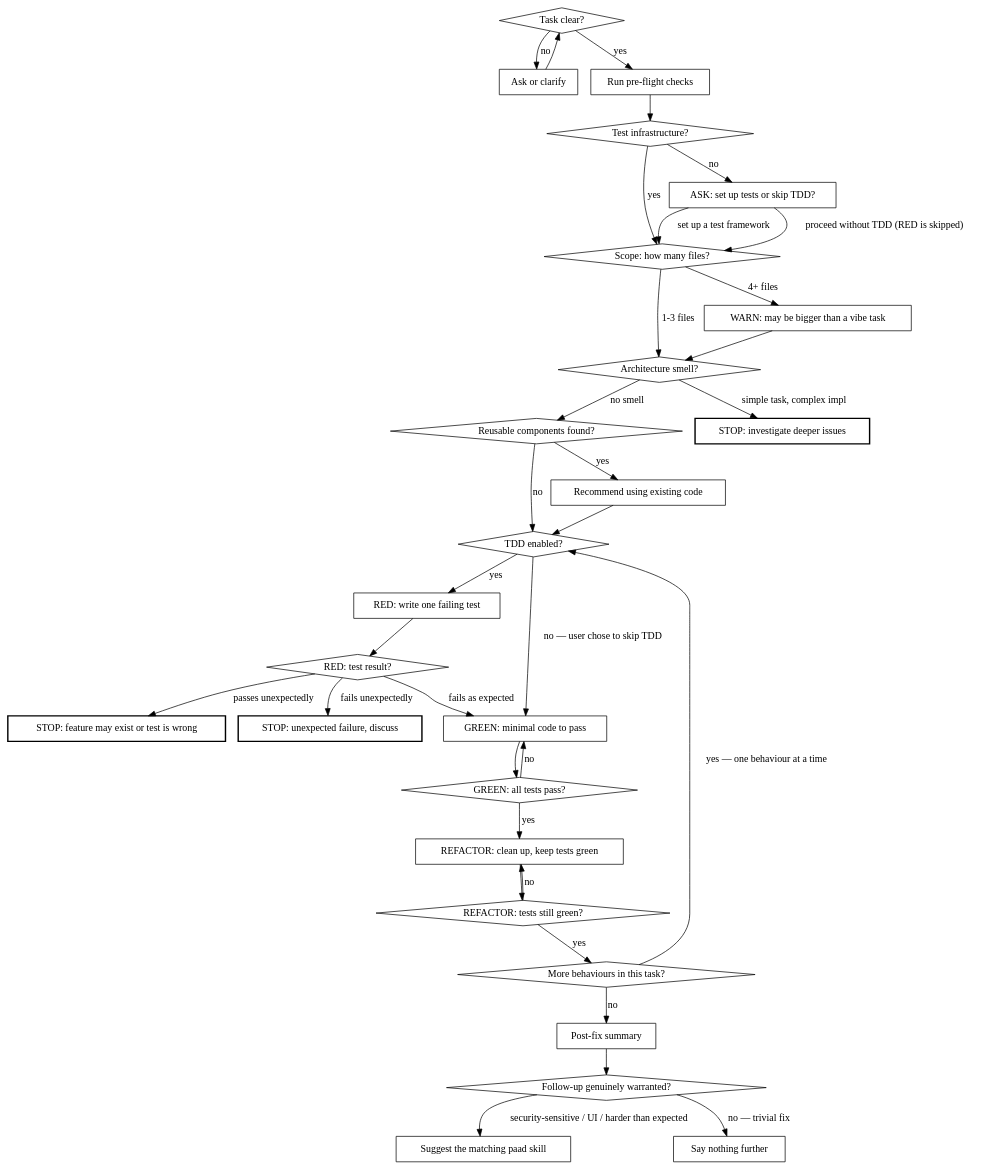
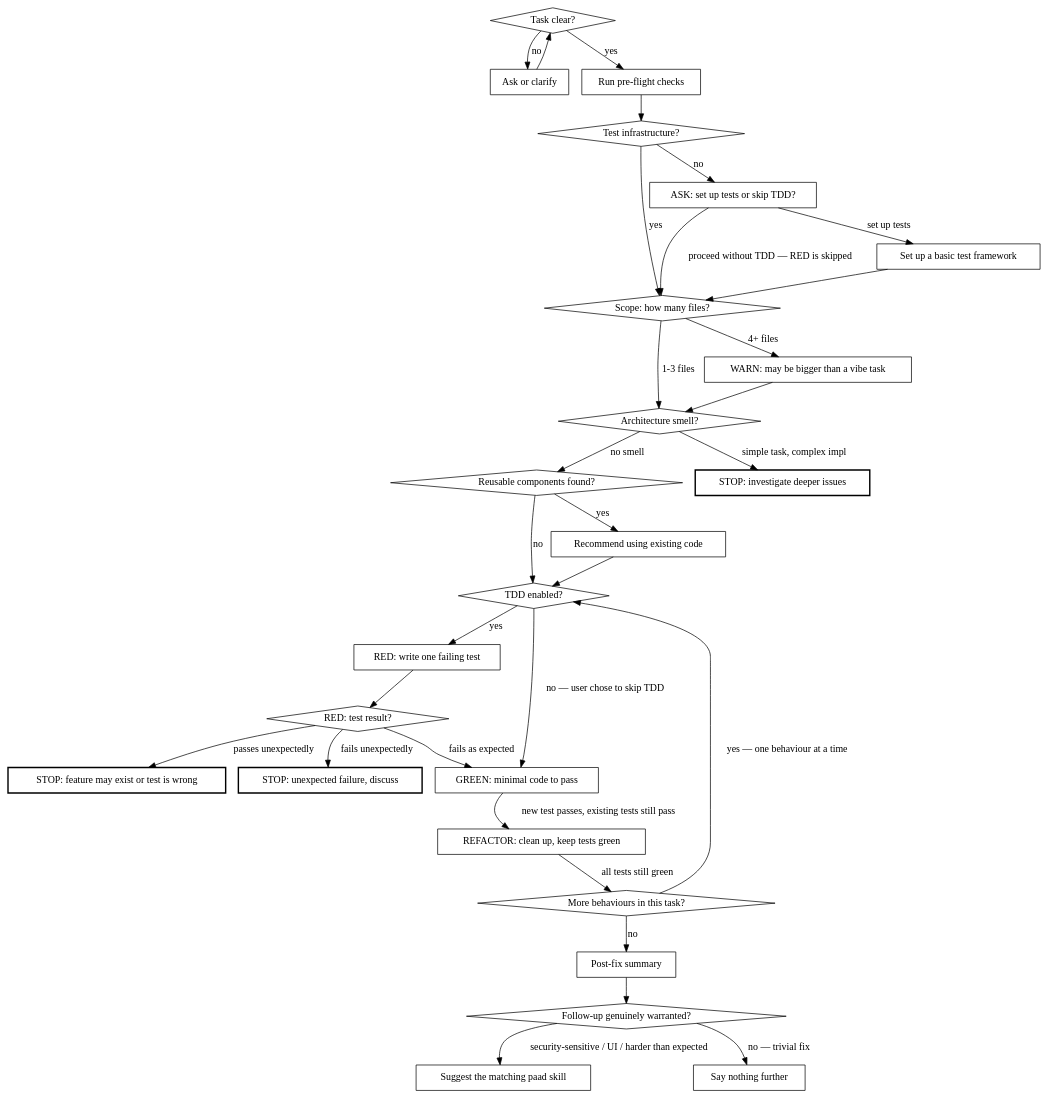
The diagram in plugins/paad/skills/vibe/SKILL.md (Ovid/paad), drawn with Graphviz before and after one commit.

Commit message:
vibe: drop two invented retry loops, one of which gave wrong advice
Neither GREEN nor REFACTOR describes a loop in the prose, and the REFACTOR
back-edge told the agent to keep refactoring on top of a broken suite when
the correct response to a red refactor is to revert it. Both had no exit.

Also gives the 'set up a test framework' answer its own node instead of two
parallel edges to the same successor.

````diff
--- a/plugins/paad/skills/vibe/SKILL.md
+++ b/plugins/paad/skills/vibe/SKILL.md
@@ -12,71 +12,67 @@
 ```dot
 digraph vibe {
   "Task clear?" [shape=diamond];
   "Test infrastructure?" [shape=diamond];
   "Scope: how many files?" [shape=diamond];
   "Architecture smell?" [shape=diamond];
   "Reusable components found?" [shape=diamond];
   "TDD enabled?" [shape=diamond];
   "RED: test result?" [shape=diamond];
-  "GREEN: all tests pass?" [shape=diamond];
-  "REFACTOR: tests still green?" [shape=diamond];
   "More behaviours in this task?" [shape=diamond];
   "Follow-up genuinely warranted?" [shape=diamond];
 
   "Ask or clarify" [shape=box];
   "ASK: set up tests or skip TDD?" [shape=box];
+  "Set up a basic test framework" [shape=box];
   "WARN: may be bigger than a vibe task" [shape=box];
   "STOP: investigate deeper issues" [shape=box, style=bold];
   "Recommend using existing code" [shape=box];
   "STOP: feature may exist or test is wrong" [shape=box, style=bold];
   "STOP: unexpected failure, discuss" [shape=box, style=bold];
   "RED: write one failing test" [shape=box];
   "GREEN: minimal code to pass" [shape=box];
   "REFACTOR: clean up, keep tests green" [shape=box];
   "Post-fix summary" [shape=box];
   "Suggest the matching paad skill" [shape=box];
   "Say nothing further" [shape=box];
   "Run pre-flight checks" [shape=box];
 
   "Task clear?" -> "Run pre-flight checks" [label="yes"];
   "Task clear?" -> "Ask or clarify" [label="no"];
   "Ask or clarify" -> "Task clear?";
 
   "Run pre-flight checks" -> "Test infrastructure?";
   "Test infrastructure?" -> "Scope: how many files?" [label="yes"];
   "Test infrastructure?" -> "ASK: set up tests or skip TDD?" [label="no"];
-  "ASK: set up tests or skip TDD?" -> "Scope: how many files?" [label="set up a test framework"];
-  "ASK: set up tests or skip TDD?" -> "Scope: how many files?" [label="proceed without TDD (RED is skipped)"];
+  "ASK: set up tests or skip TDD?" -> "Set up a basic test framework" [label="set up tests"];
+  "ASK: set up tests or skip TDD?" -> "Scope: how many files?" [label="proceed without TDD — RED is skipped"];
+  "Set up a basic test framework" -> "Scope: how many files?";
 
   "Scope: how many files?" -> "Architecture smell?" [label="1-3 files"];
   "Scope: how many files?" -> "WARN: may be bigger than a vibe task" [label="4+ files"];
   "WARN: may be bigger than a vibe task" -> "Architecture smell?";
 
   "Architecture smell?" -> "STOP: investigate deeper issues" [label="simple task, complex impl"];
   "Architecture smell?" -> "Reusable components found?" [label="no smell"];
 
   "Reusable components found?" -> "Recommend using existing code" [label="yes"];
   "Reusable components found?" -> "TDD enabled?" [label="no"];
   "Recommend using existing code" -> "TDD enabled?";
 
   "TDD enabled?" -> "RED: write one failing test" [label="yes"];
   "TDD enabled?" -> "GREEN: minimal code to pass" [label="no — user chose to skip TDD"];
   "RED: write one failing test" -> "RED: test result?";
   "RED: test result?" -> "STOP: feature may exist or test is wrong" [label="passes unexpectedly"];
   "RED: test result?" -> "STOP: unexpected failure, discuss" [label="fails unexpectedly"];
   "RED: test result?" -> "GREEN: minimal code to pass" [label="fails as expected"];
 
-  "GREEN: minimal code to pass" -> "GREEN: all tests pass?";
-  "GREEN: all tests pass?" -> "GREEN: minimal code to pass" [label="no"];
-  "GREEN: all tests pass?" -> "REFACTOR: clean up, keep tests green" [label="yes"];
-  "REFACTOR: clean up, keep tests green" -> "REFACTOR: tests still green?";
-  "REFACTOR: tests still green?" -> "REFACTOR: clean up, keep tests green" [label="no"];
-  "REFACTOR: tests still green?" -> "More behaviours in this task?" [label="yes"];
+  "GREEN: minimal code to pass" -> "REFACTOR: clean up, keep tests green" [label="new test passes, existing tests still pass"];
+  "REFACTOR: clean up, keep tests green" -> "More behaviours in this task?" [label="all tests still green"];
   "More behaviours in this task?" -> "TDD enabled?" [label="yes — one behaviour at a time"];
   "More behaviours in this task?" -> "Post-fix summary" [label="no"];
 
   "Post-fix summary" -> "Follow-up genuinely warranted?";
   "Follow-up genuinely warranted?" -> "Suggest the matching paad skill" [label="security-sensitive / UI / harder than expected"];
   "Follow-up genuinely warranted?" -> "Say nothing further" [label="no — trivial fix"];
 }
 ```
````
